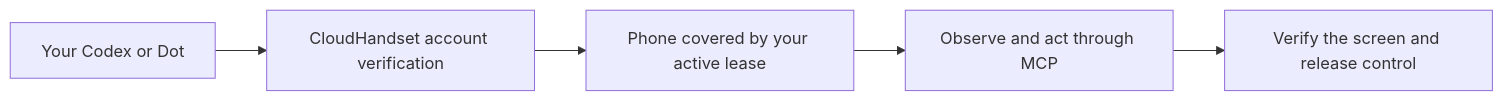
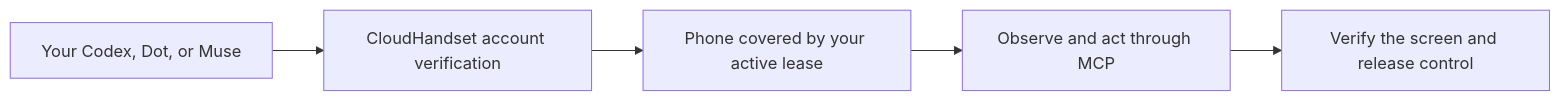
The diagram in README.md (ziyouzhilong/cloudhandset-mcp), drawn with Mermaid before and after one commit. The commit also changed other lines of this file and 7 other files, not shown here.

````diff
--- a/README.md
+++ b/README.md
@@ -24,7 +25,7 @@
 ```mermaid
 flowchart LR
-    A[Your Codex or Dot] --> B[CloudHandset account verification]
+    A[Your Codex, Dot, or Muse] --> B[CloudHandset account verification]
     B --> C[Phone covered by your active lease]
     C --> D[Observe and act through MCP]
     D --> E[Verify the screen and release control]
 ```
````
